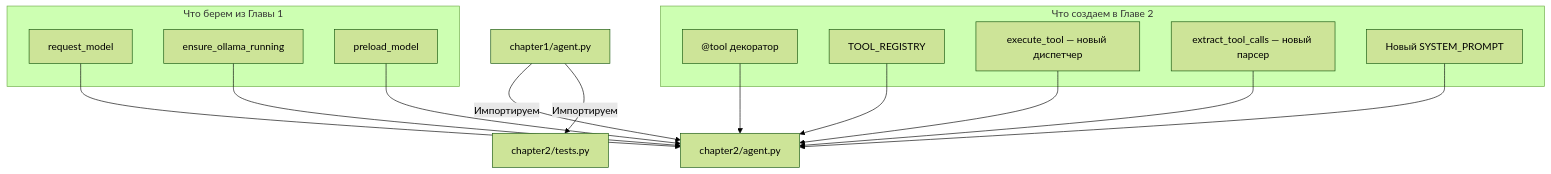
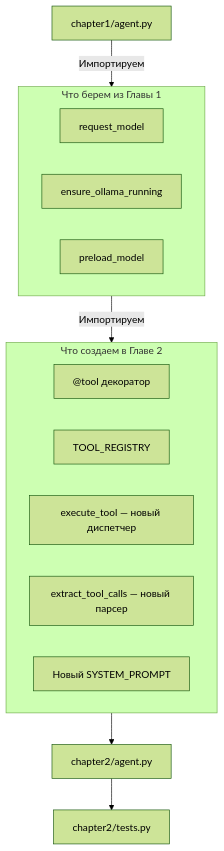
Before and after one commit to io982/firstAgent: the second of 2 diagrams in chapter2/README.md, drawn with Mermaid (forest theme).

````diff
--- a/chapter2/README.md
+++ b/chapter2/README.md
@@ -122,28 +122,23 @@
 ```mermaid
 graph TD
-    A["chapter1/agent.py"] -->|Импортируем| B["chapter2/agent.py"]
-    A -->|Импортируем| C["chapter2/tests.py"]
+    A["chapter1/agent.py"] -->|Импортируем| GL1
     
-    subgraph "Что берем из Главы 1"
+    subgraph GL1["Что берем из Главы 1"]
         A1["request_model"]
         A2["ensure_ollama_running"]
         A3["preload_model"]
     end
     
-    subgraph "Что создаем в Главе 2"
+    GL1 -->|Импортируем| GL2
+    
+    subgraph GL2["Что создаем в Главе 2"]
         B1["@tool декоратор"]
         B2["TOOL_REGISTRY"]
         B3["execute_tool — новый диспетчер"]
         B4["extract_tool_calls — новый парсер"]
         B5["Новый SYSTEM_PROMPT"]
     end
     
-    A1 --> B
-    A2 --> B
-    A3 --> B
-    B1 --> B
-    B2 --> B
-    B3 --> B
-    B4 --> B
-    B5 --> B
+    GL2 --> B["chapter2/agent.py"]
+    B --> C["chapter2/tests.py"]
 ```
````
